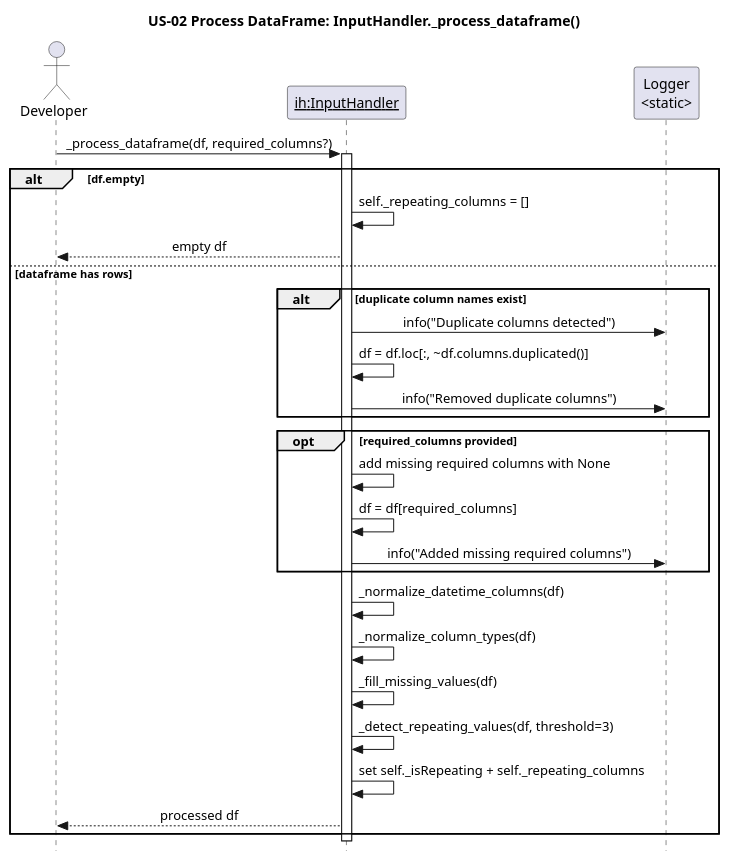
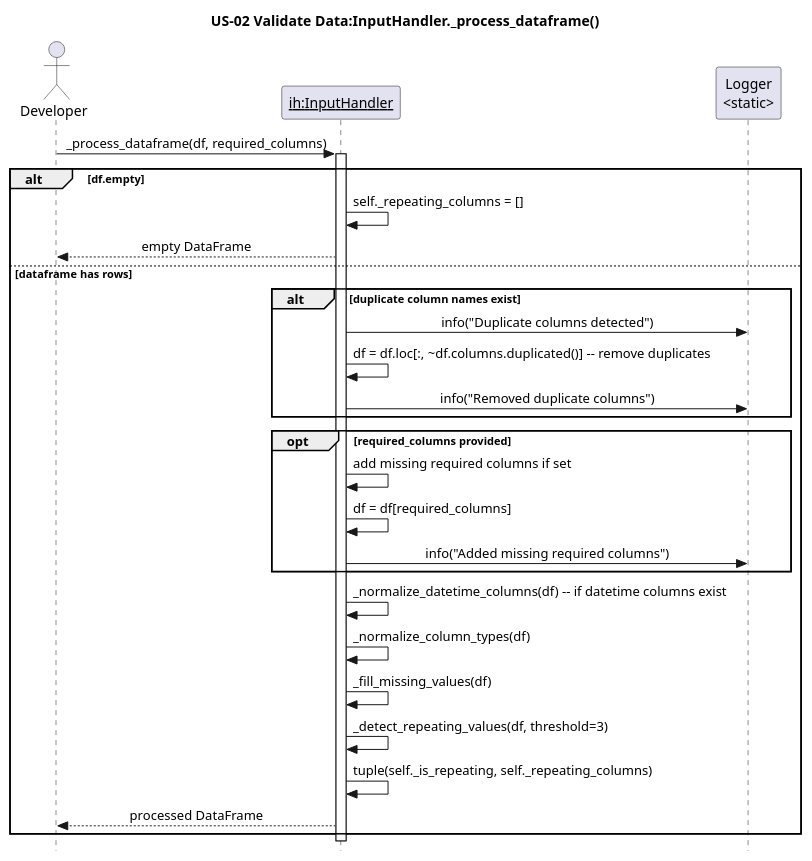
One commit to egrembocki/htmrl changed the diagram in docs/puml/US/us-02.puml. Above: the diagram before and after it, drawn with PlantUML. The commit also changed 3 other files, not shown here.

```diff
--- a/docs/puml/US/us-02.puml
+++ b/docs/puml/US/us-02.puml
@@ -1,39 +1,39 @@
 @startuml
 skinparam style strictuml
 skinparam sequenceMessageAlign center
 skinparam responseMessageBelowArrow true
-title US-02 Process DataFrame: InputHandler._process_dataframe()
+title US-02 Validate Data:InputHandler._process_dataframe()
 
 actor Developer
 participant "<u>ih:InputHandler</u>" as IH
 participant "Logger\n<static>" as LOG
 
-Developer -> IH: _process_dataframe(df, required_columns?)
+Developer -> IH: _process_dataframe(df, required_columns)
 activate IH
 
 alt df.empty
   IH -> IH: self._repeating_columns = []
-  IH --> Developer: empty df
+  IH --> Developer: empty DataFrame
 else dataframe has rows
   alt duplicate column names exist
     IH -> LOG: info("Duplicate columns detected")
-    IH -> IH: df = df.loc[:, ~df.columns.duplicated()]
+    IH -> IH: df = df.loc[:, ~df.columns.duplicated()] -- remove duplicates
     IH -> LOG: info("Removed duplicate columns")
   end
 
   opt required_columns provided
-    IH -> IH: add missing required columns with None
+    IH -> IH: add missing required columns if set
     IH -> IH: df = df[required_columns]
     IH -> LOG: info("Added missing required columns")
   end
 
-  IH -> IH: _normalize_datetime_columns(df)
+  IH -> IH: _normalize_datetime_columns(df) -- if datetime columns exist
   IH -> IH: _normalize_column_types(df)
   IH -> IH: _fill_missing_values(df)
   IH -> IH: _detect_repeating_values(df, threshold=3)
-  IH -> IH: set self._isRepeating + self._repeating_columns
-  IH --> Developer: processed df
+  IH -> IH: tuple(self._is_repeating, self._repeating_columns)
+  IH --> Developer: processed DataFrame
 end
 
 deactivate IH
 @enduml
```
